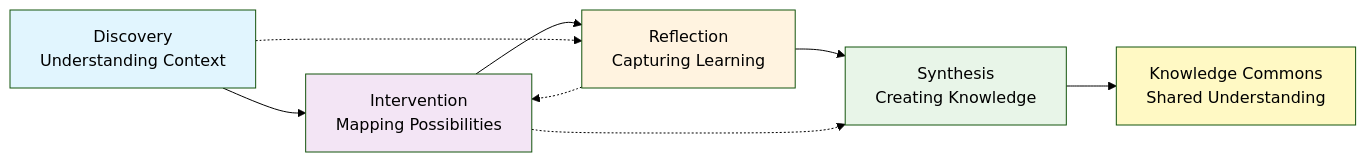
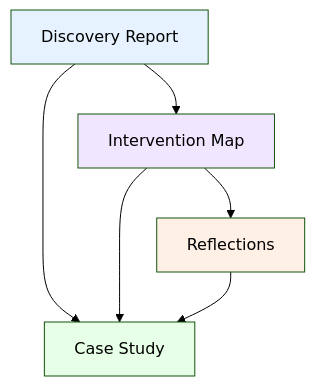
The diagram in notes/dao-primitives/implementation/guides/experiment-documentation/readme.md (superbenefit/knowledge-base), drawn with Mermaid (forest theme) before and after one commit. The commit also changed other lines of this file and 20 other files, not shown here.

````diff
--- a/notes/dao-primitives/implementation/guides/experiment-documentation/readme.md
+++ b/notes/dao-primitives/implementation/guides/experiment-documentation/readme.md
@@ -9,18 +19,14 @@
 ```mermaid
-graph LR
-    A[Discovery<br/>Understanding Context] --> B[Intervention<br/>Mapping Possibilities]
-    B --> C[Reflection<br/>Capturing Learning]
-    C --> D[Synthesis<br/>Creating Knowledge]
+graph TD
+    A[Discovery Report] --> B[Intervention Map]
+    B --> C[Reflections]
     
-    A -.-> C
-    B -.-> D
-    C -.-> B
+    A --> D[Case Study]
+    B --> D
+    C --> D
     
-    D --> E[Knowledge Commons<br/>Shared Understanding]
-    
-    style A fill:#e1f5fe
-    style B fill:#f3e5f5
-    style C fill:#fff3e0
-    style D fill:#e8f5e8
-    style E fill:#fff9c4
+    style A fill:#e6f2ff
+    style B fill:#f0e6ff
+    style C fill:#fff0e6
+    style D fill:#e6ffe6
 ```
````
